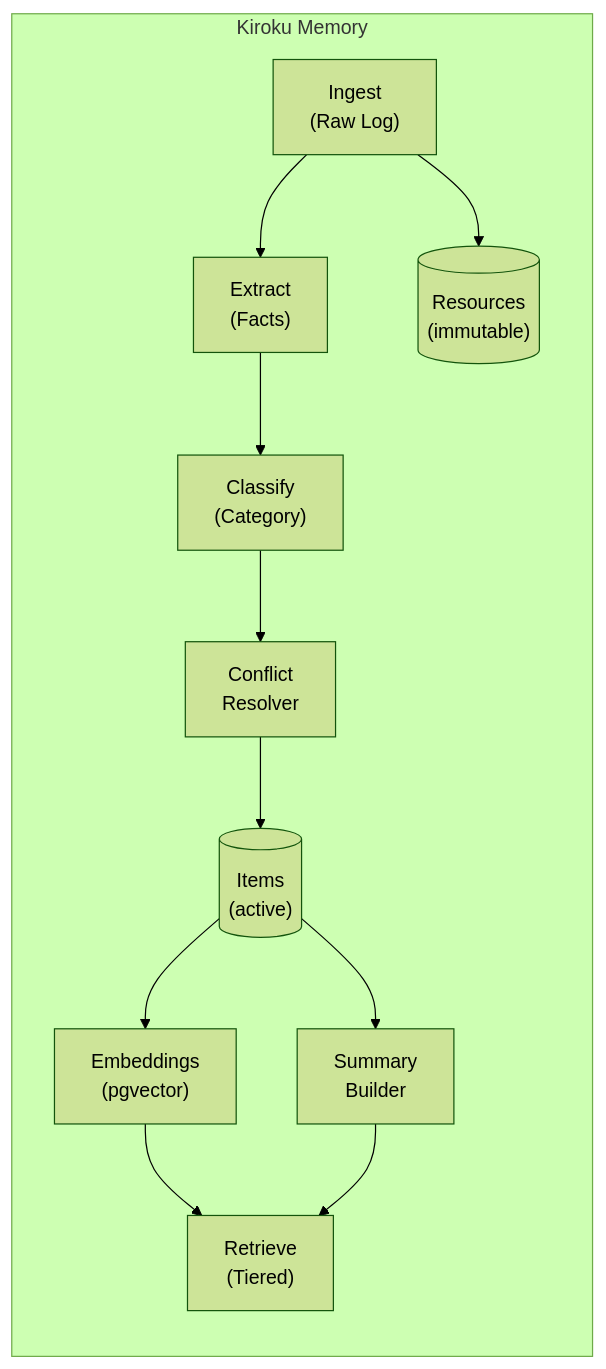
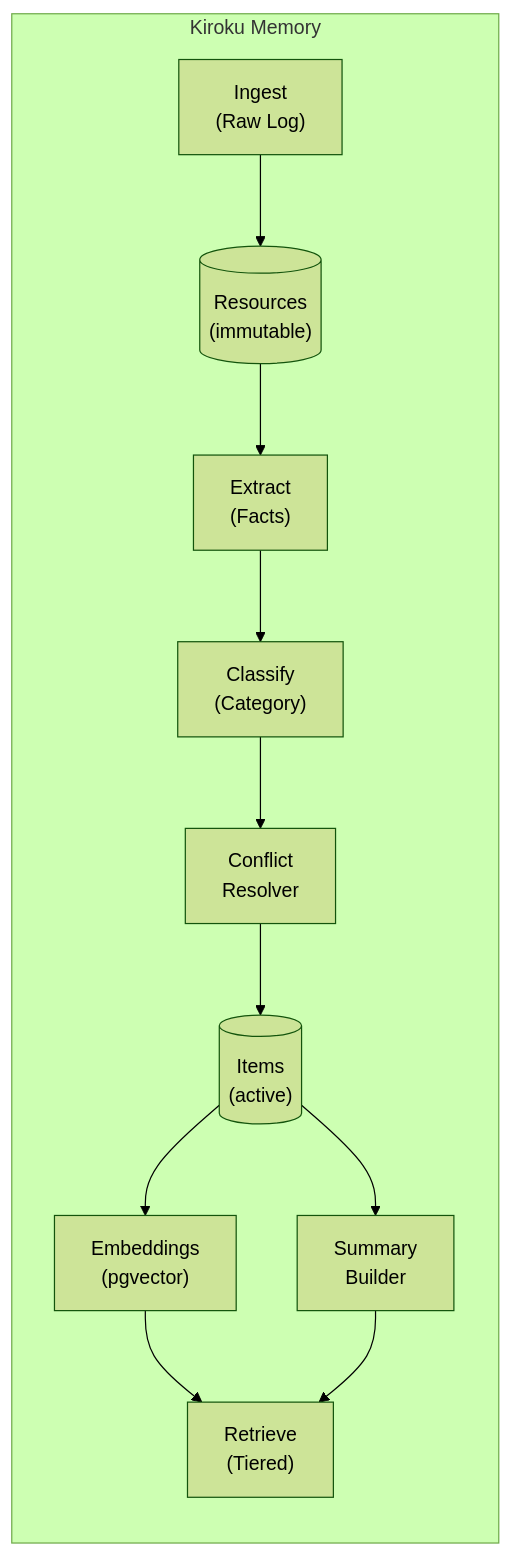
The diagram in README.md (yelban/kiroku-memory), drawn with Mermaid (forest theme) before and after one commit. The commit also changed 2 other files, not shown here.

Commit message:
Fix architecture diagram to match actual code flow
- Ingest writes to Resources (not directly to Extract)
- Extract reads from Resources
- Linear flow: Resources → Extract → Classify → Conflict → Items

````diff
--- a/README.md
+++ b/README.md
@@ -40,19 +40,19 @@
 ```mermaid
 flowchart TB
     subgraph KM["Kiroku Memory"]
         direction TB
 
-        Ingest["Ingest<br/>(Raw Log)"] --> Extract["Extract<br/>(Facts)"]
+        Ingest["Ingest<br/>(Raw Log)"] --> Resources[("Resources<br/>(immutable)")]
+
+        Resources --> Extract["Extract<br/>(Facts)"]
         Extract --> Classify["Classify<br/>(Category)"]
         Classify --> Conflict["Conflict<br/>Resolver"]
-
-        Ingest --> Resources[("Resources<br/>(immutable)")]
         Conflict --> Items[("Items<br/>(active)")]
 
         Items --> Embeddings["Embeddings<br/>(pgvector)"]
         Items --> Summary["Summary<br/>Builder"]
 
         Embeddings --> Retrieve["Retrieve<br/>(Tiered)"]
         Summary --> Retrieve
     end
 ```
````
